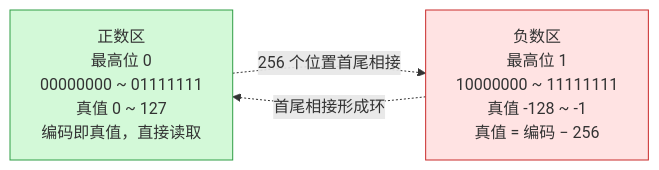
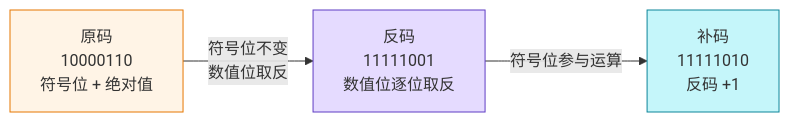
Before and after one commit to luguosong/obsidian-note: the second of 4 diagrams in 编程笔记/03-Java/01-基础/01-JavaSE/基本语法.md, drawn with Mermaid. The commit also changed other lines of this file and 5 other files, not shown here.

````diff
--- a/编程笔记/03-Java/01-基础/01-JavaSE/基本语法.md
+++ b/编程笔记/03-Java/01-基础/01-JavaSE/基本语法.md
@@ -570,9 +579,11 @@
 ```mermaid
 graph LR
-    P["正数区<br/>最高位 0<br/>00000000 ~ 01111111<br/>真值 0 ~ 127<br/>编码即真值，直接读取"]
-    N["负数区<br/>最高位 1<br/>10000000 ~ 11111111<br/>真值 -128 ~ -1<br/>真值 = 编码 − 256"]
-    P -.->|256 个位置首尾相接| N
-    N -.->|首尾相接形成环| P
-    style P fill:#d3f9d8,stroke:#2f9e44
-    style N fill:#ffe3e3,stroke:#c92a2a
+    A["原码<br/>10000110<br/>符号位 + 绝对值"]
+    B["反码<br/>11111001<br/>数值位逐位取反"]
+    C["补码<br/>11111010<br/>反码 +1"]
+    A -->|符号位不变<br/>数值位取反| B
+    B -->|符号位参与运算| C
+    style A fill:#fff4e6,stroke:#e67700
+    style B fill:#e5dbff,stroke:#5f3dc4
+    style C fill:#c5f6fa,stroke:#0c8599
 ```
````
